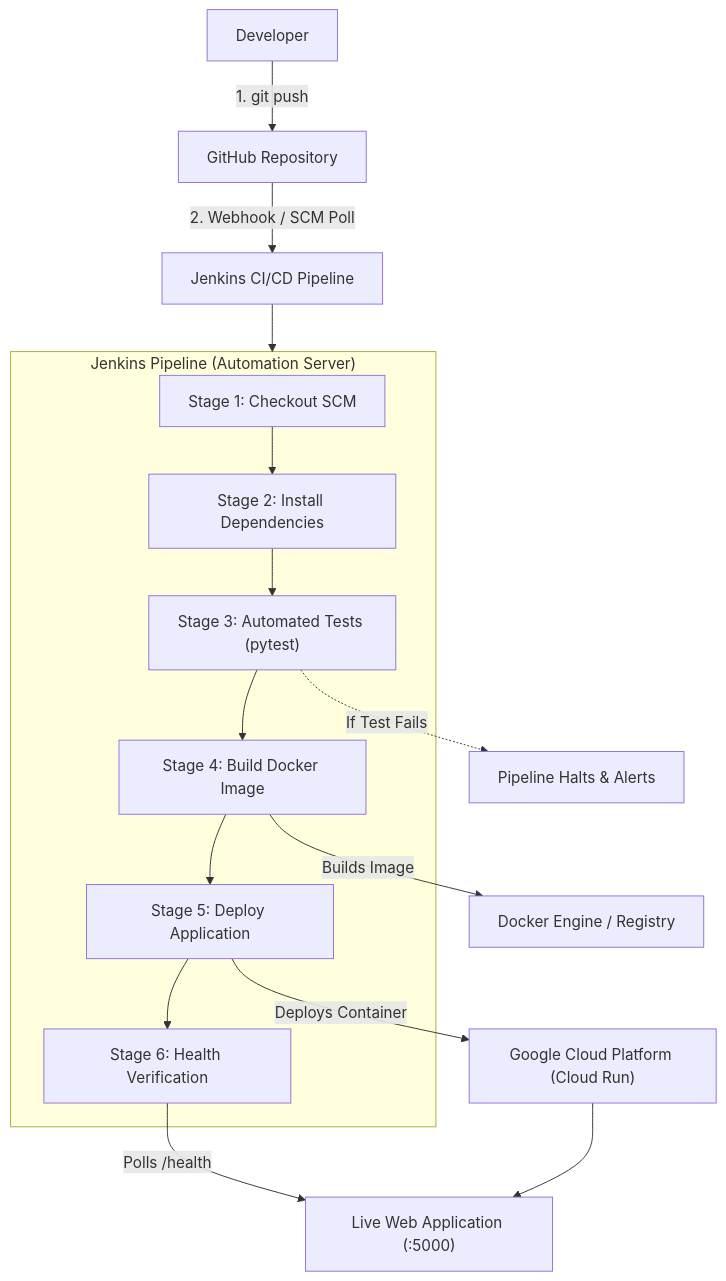
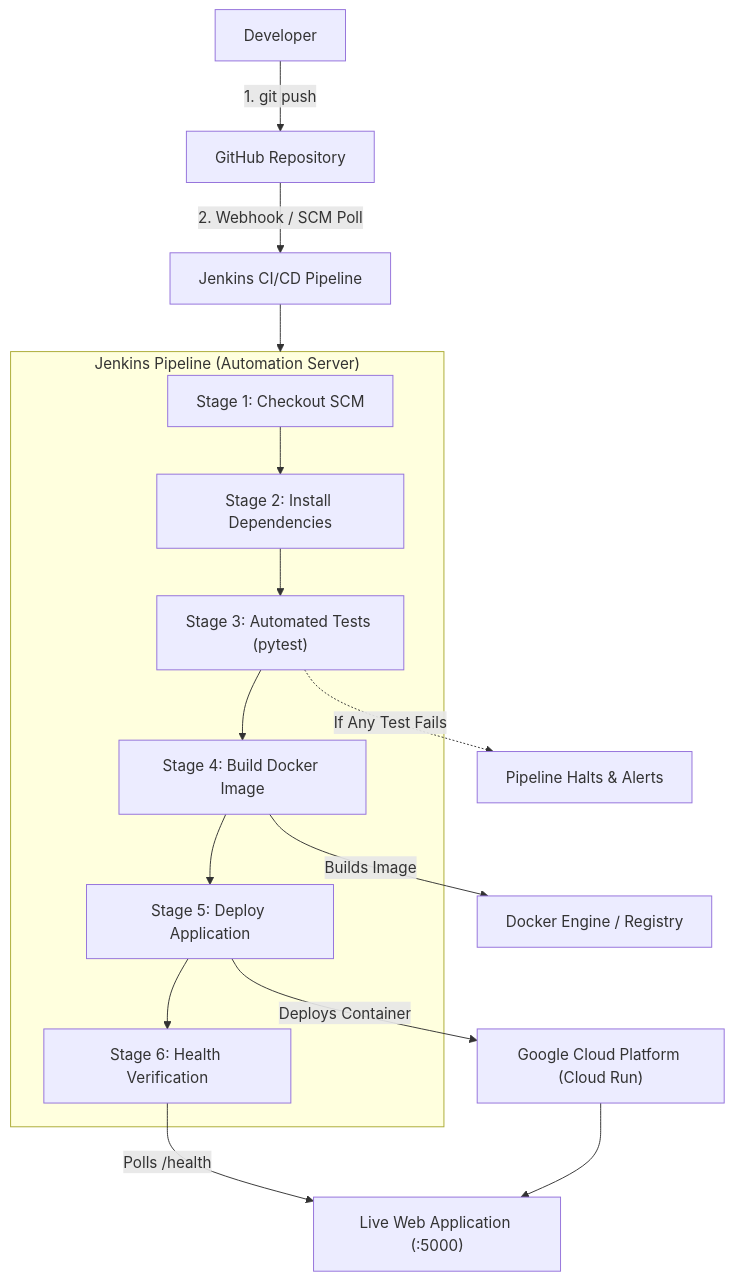
The diagram in README.md (darshshetty19-collab/devops-cicd-project), drawn with Mermaid before and after one commit. The commit also changed other lines of this file and 2 other files, not shown here.

````diff
--- a/README.md
+++ b/README.md
@@ -62,23 +67,23 @@
 ```mermaid
 flowchart TD
     Dev["Developer"] -->|"1. git push"| GH["GitHub Repository"]
     GH -->|"2. Webhook / SCM Poll"| Jen["Jenkins CI/CD Pipeline"]
     
     subgraph Jenkins_Pipeline ["Jenkins Pipeline (Automation Server)"]
         S1["Stage 1: Checkout SCM"]
         S2["Stage 2: Install Dependencies"]
         S3["Stage 3: Automated Tests (pytest)"]
         S4["Stage 4: Build Docker Image"]
         S5["Stage 5: Deploy Application"]
         S6["Stage 6: Health Verification"]
         
         S1 --> S2 --> S3 --> S4 --> S5 --> S6
     end
     
     Jen --> Jenkins_Pipeline
-    S3 -.->|"If Test Fails"| Fail["Pipeline Halts & Alerts"]
+    S3 -.->|"If Any Test Fails"| Fail["Pipeline Halts & Alerts"]
     S4 -->|"Builds Image"| Dkr["Docker Engine / Registry"]
     S5 -->|"Deploys Container"| GCP["Google Cloud Platform (Cloud Run)"]
     S6 -->|"Polls /health"| WebApp["Live Web Application (:5000)"]
     GCP --> WebApp
 ```
````
